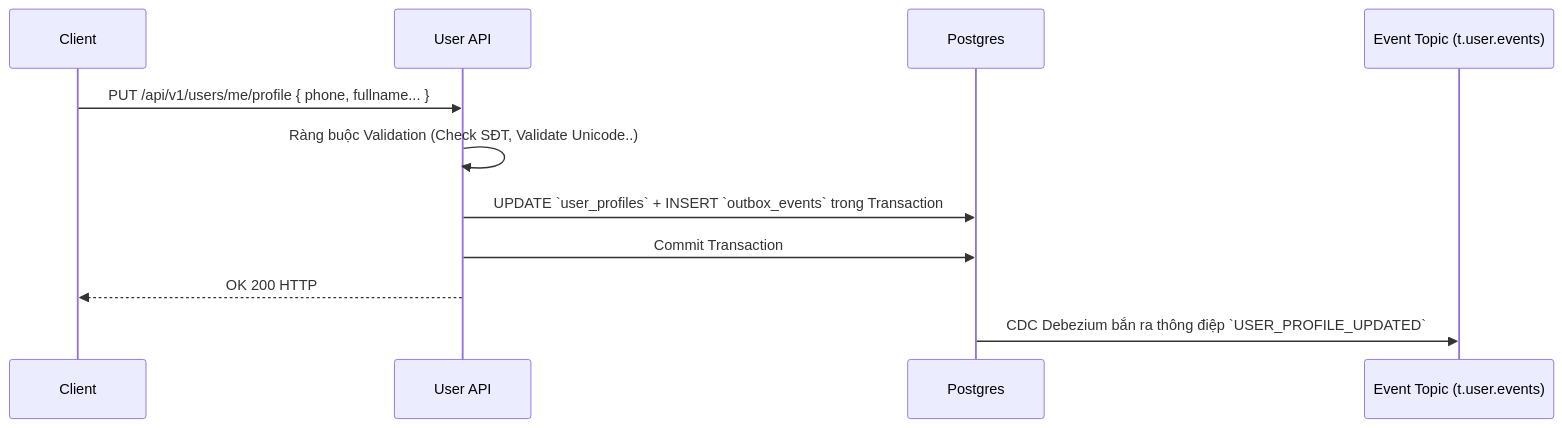
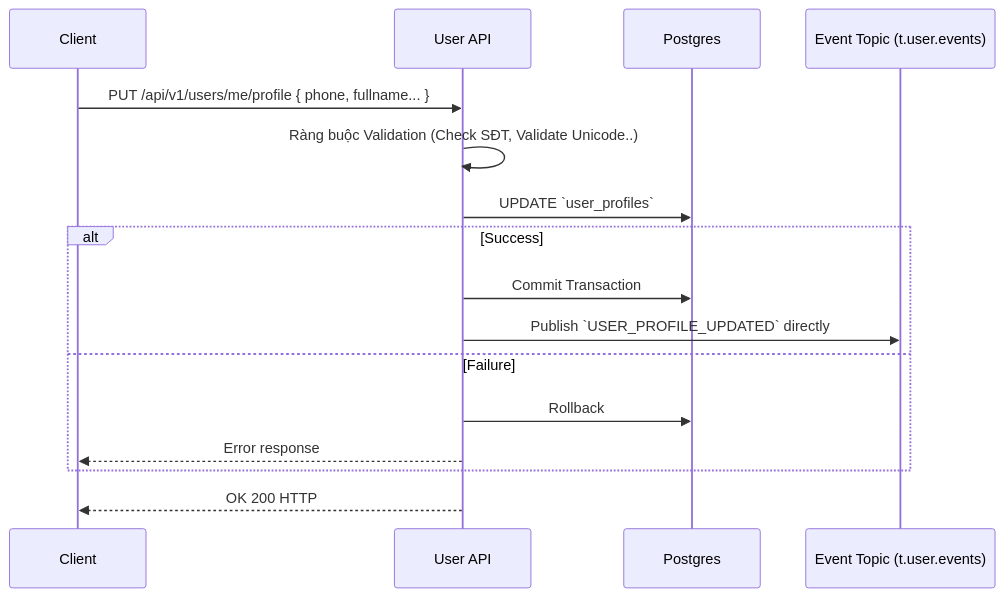
Before and after one commit to quangdung2110/e-commerce-microservices: the seventh of 13 diagrams in docs/user/user_workflows.md, drawn with Mermaid. The commit also changed other lines of this file and 3 other files, not shown here.

````diff
--- a/docs/user/user_workflows.md
+++ b/docs/user/user_workflows.md
@@ -192,15 +192,19 @@
 ```mermaid
 sequenceDiagram
     participant App as Client
     participant API as User API
     participant DB as Postgres
     participant Kafka as Event Topic (t.user.events)
 
     App->>API: PUT /api/v1/users/me/profile { phone, fullname... }
     API->>API: Ràng buộc Validation (Check SĐT, Validate Unicode..)
-    API->>DB: UPDATE `user_profiles` + INSERT `outbox_events` trong Transaction
-    API->>DB: Commit Transaction
+    API->>DB: UPDATE `user_profiles`
+    alt Success
+        API->>DB: Commit Transaction
+        API->>Kafka: Publish `USER_PROFILE_UPDATED` directly
+    else Failure
+        API->>DB: Rollback
+        API-->>App: Error response
+    end
     API-->>App: OK 200 HTTP
-
-    DB->>Kafka: CDC Debezium bắn ra thông điệp `USER_PROFILE_UPDATED`
 ```
````
